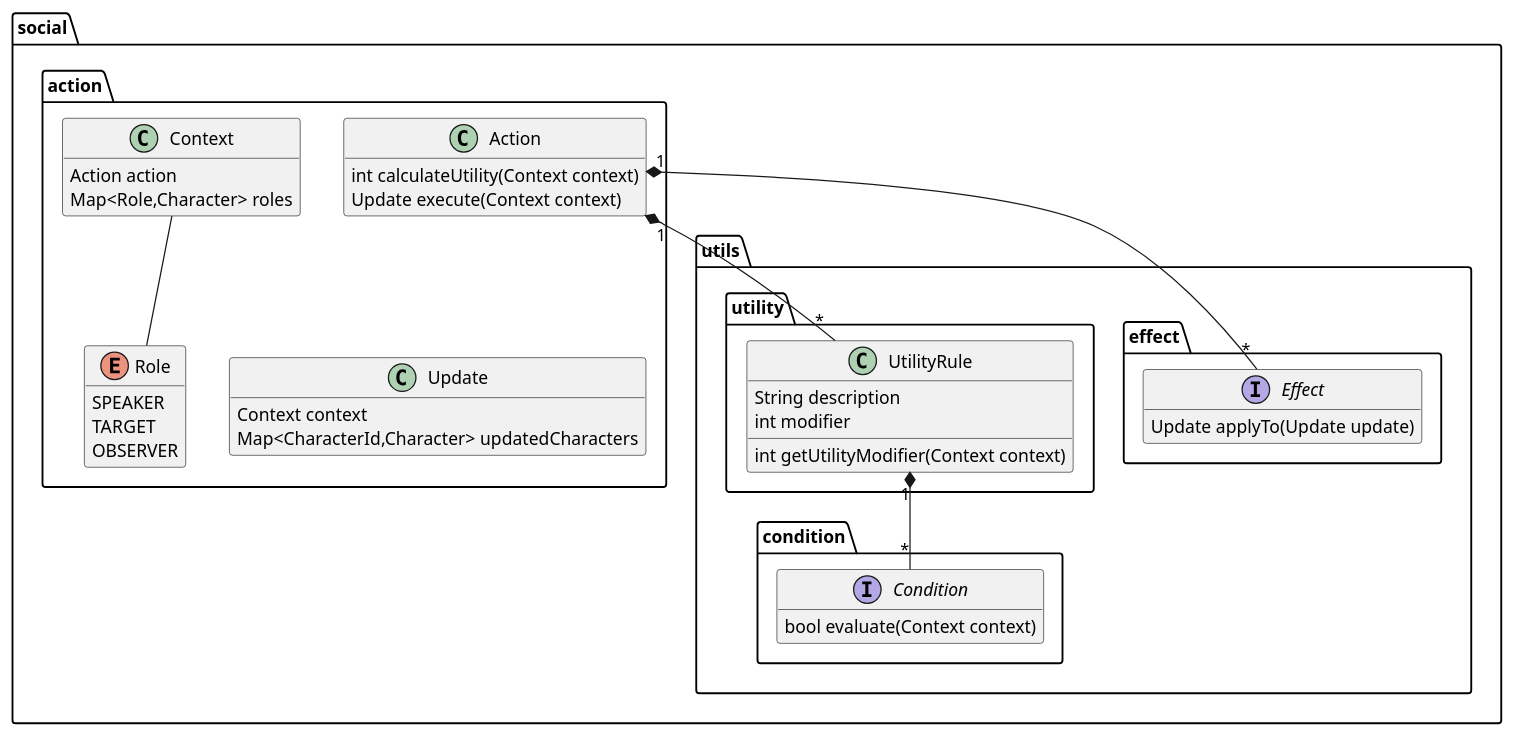
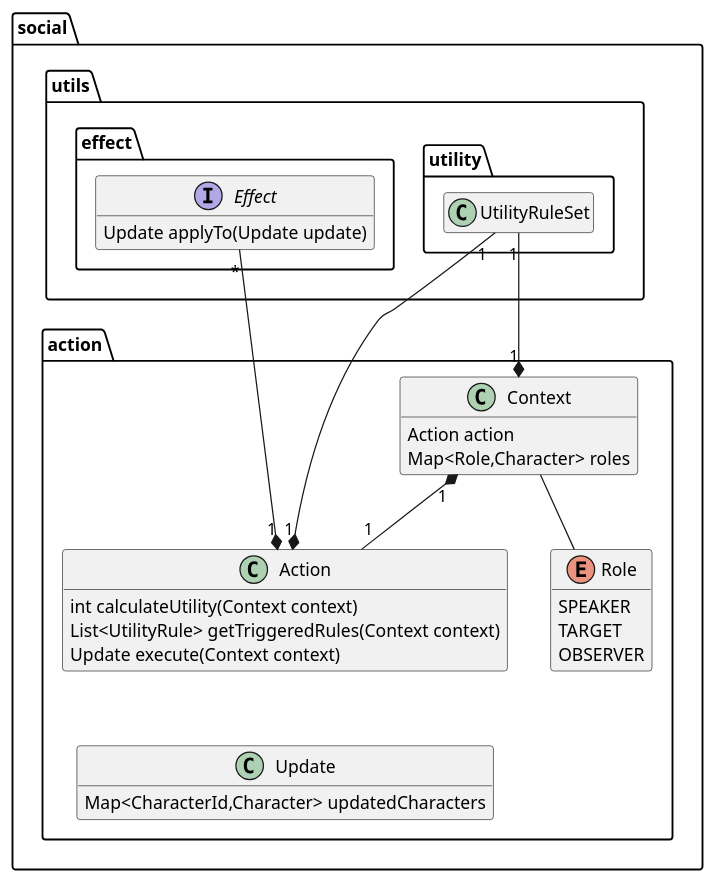
The diagram in doc/design/action.puml (Orchaldir/SocialSimulation), drawn with PlantUML before and after one commit. The commit also changed 1 other file, not shown here.

Commit message:
[#11] Design UtilityRuleSet

```diff
--- a/doc/design/action.puml
+++ b/doc/design/action.puml
@@ -1,72 +1,61 @@
 @startuml
 
 hide empty members
 
 package social {
 
 package action {
 
 class Action {
   int calculateUtility(Context context)
+  List<UtilityRule> getTriggeredRules(Context context)
   Update execute(Context context)
 }
 
 enum Role {
   SPEAKER
   TARGET
   OBSERVER
 }
 
 class Context {
   Action action
   Map<Role,Character> roles
 }
 
 class Update {
-  Context context
   Map<CharacterId,Character> updatedCharacters
 }
 
 }
 
 package utils {
 
 package effect {
 
 interface Effect {
   Update applyTo(Update update)
 }
 
 }
 
 package utility {
 
-class UtilityRule {
-  String description
-  int modifier
-  int getUtilityModifier(Context context)
-}
-
-}
-
-package condition {
-
-interface Condition {
-  bool evaluate(Context context)
-}
+class UtilityRuleSet
 
 }
 
 }
 
 }
 
-Action "1" *-- "*" UtilityRule
-Action "1" *-- "*" Effect
+Action "1" *-up- "1" UtilityRuleSet
+Action "1" *-up- "*" Effect
 Action -[hidden]- Update
-UtilityRule "1" *-- "*" Condition
 
 Context -- Role
+Context "1" *-up- "1" UtilityRuleSet
+Context "1" *-- "1" Action
 
 
 @enduml
```
